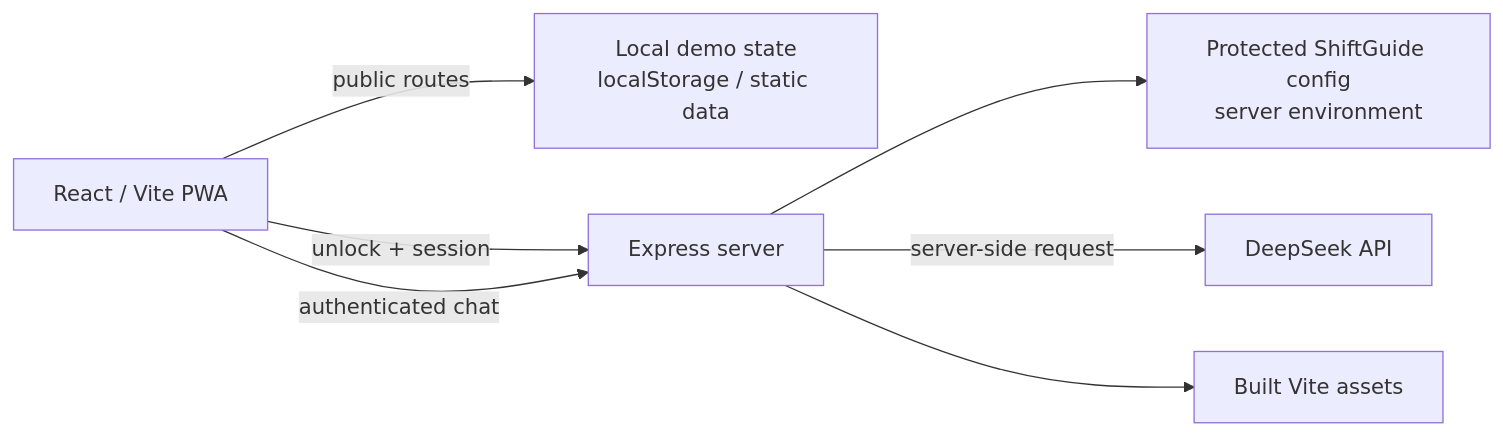
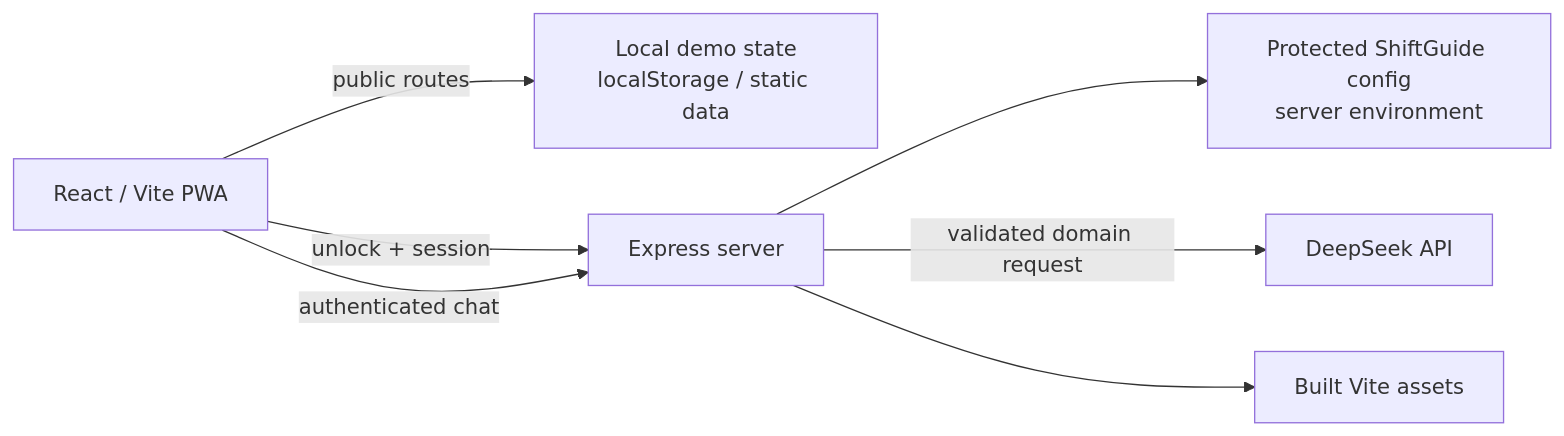
Before and after one commit to AmineAKIK/protocap: the diagram in README.md, drawn with Mermaid. The commit also changed other lines of this file and 19 other files, not shown here.

````diff
--- a/README.md
+++ b/README.md
@@ -30,9 +30,9 @@
 ```mermaid
 flowchart LR
   Browser[React / Vite PWA] -->|public routes| Local[Local demo state\nlocalStorage / static data]
   Browser -->|unlock + session| API[Express server]
   API --> Config[Protected ShiftGuide config\nserver environment]
   Browser -->|authenticated chat| API
-  API -->|server-side request| AI[DeepSeek API]
+  API -->|validated domain request| AI[DeepSeek API]
   API --> Static[Built Vite assets]
 ```
````
